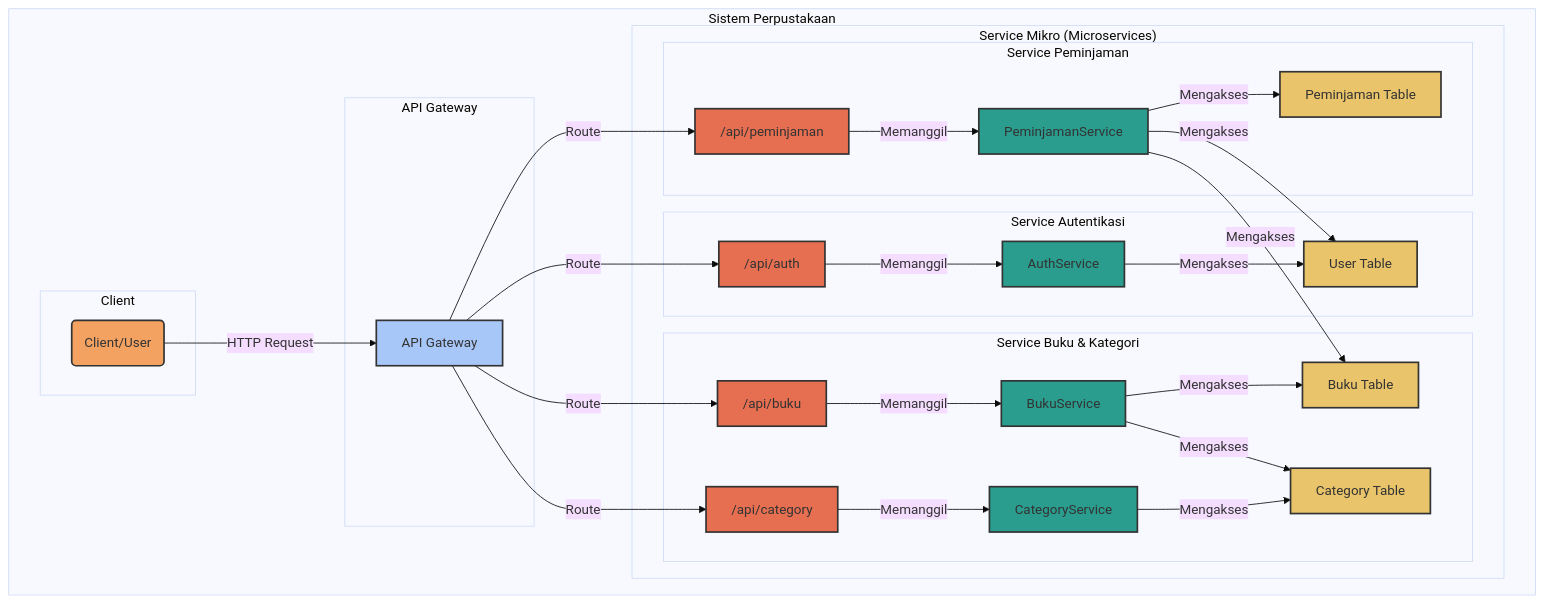
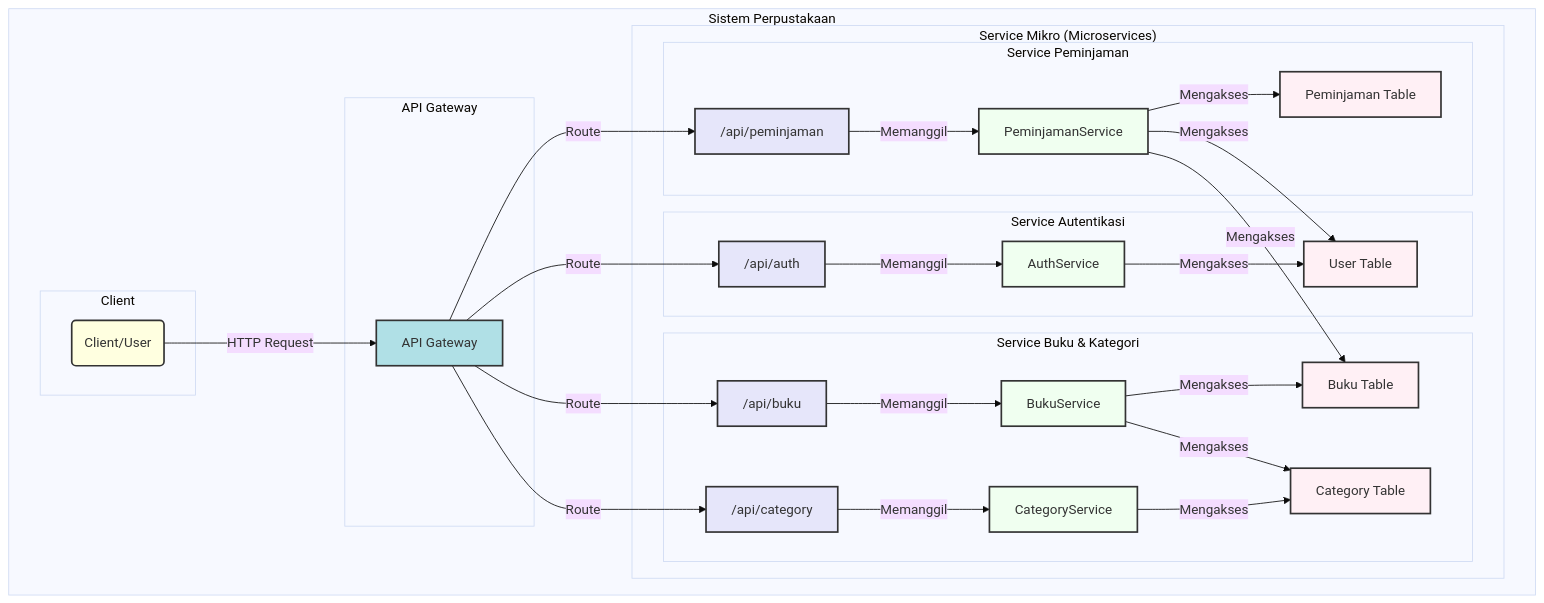
The second of 2 diagrams in README.md (Arss011/library-management-system), drawn with Mermaid (base theme) before and after one commit.

Commit message:
docs: menambahkan dokumentasi project library management system di README

````diff
--- a/README.md
+++ b/README.md
@@ -42,73 +42,73 @@
 ```mermaid
 graph TD
     subgraph "Sistem Perpustakaan"
         subgraph "Client"
             C(Client/User)
         end
 
         subgraph "API Gateway"
             API[API Gateway]
         end
 
         subgraph "Service Mikro (Microservices)"
             subgraph "Service Autentikasi"
                 AuthController["/api/auth"]
                 AuthService[AuthService]
                 UserDB[User Table]
             end
 
             subgraph "Service Buku & Kategori"
                 BukuController["/api/buku"]
                 CategoryController["/api/category"]
                 BukuService[BukuService]
                 CategoryService[CategoryService]
                 BukuDB[Buku Table]
                 CategoryDB[Category Table]
             end
 
             subgraph "Service Peminjaman"
                 PeminjamanController["/api/peminjaman"]
                 PeminjamanService[PeminjamanService]
                 PeminjamanDB[Peminjaman Table]
             end
         end
     end
 
     %% Hubungan
     C -- "HTTP Request" --> API
     API -- "Route" --> AuthController
     API -- "Route" --> BukuController
     API -- "Route" --> CategoryController
     API -- "Route" --> PeminjamanController
 
     AuthController -- "Memanggil" --> AuthService
     AuthService -- "Mengakses" --> UserDB
 
     BukuController -- "Memanggil" --> BukuService
     BukuService -- "Mengakses" --> BukuDB
     BukuService -- "Mengakses" --> CategoryDB
 
     CategoryController -- "Memanggil" --> CategoryService
     CategoryService -- "Mengakses" --> CategoryDB
 
     PeminjamanController -- "Memanggil" --> PeminjamanService
     PeminjamanService -- "Mengakses" --> PeminjamanDB
     PeminjamanService -- "Mengakses" --> BukuDB
     PeminjamanService -- "Mengakses" --> UserDB
 
     %% Styling untuk visual yang lebih jelas
-    style C fill:#f4a261,stroke:#333,stroke-width:2px
-    style API fill:#a8c7f9,stroke:#333,stroke-width:2px
-    style AuthController fill:#e76f51,stroke:#333,stroke-width:2px
-    style BukuController fill:#e76f51,stroke:#333,stroke-width:2px
-    style CategoryController fill:#e76f51,stroke:#333,stroke-width:2px
-    style PeminjamanController fill:#e76f51,stroke:#333,stroke-width:2px
-    style AuthService fill:#2a9d8f,stroke:#333,stroke-width:2px
-    style BukuService fill:#2a9d8f,stroke:#333,stroke-width:2px
-    style CategoryService fill:#2a9d8f,stroke:#333,stroke-width:2px
-    style PeminjamanService fill:#2a9d8f,stroke:#333,stroke-width:2px
-    style UserDB fill:#e9c46a,stroke:#333,stroke-width:2px
-    style BukuDB fill:#e9c46a,stroke:#333,stroke-width:2px
-    style CategoryDB fill:#e9c46a,stroke:#333,stroke-width:2px
-    style PeminjamanDB fill:#e9c46a,stroke:#333,stroke-width:2px
+    style C fill:#FFFFE0,stroke:#333,stroke-width:2px
+    style API fill:#B0E0E6,stroke:#333,stroke-width:2px
+    style AuthController fill:#E6E6FA,stroke:#333,stroke-width:2px
+    style BukuController fill:#E6E6FA,stroke:#333,stroke-width:2px
+    style CategoryController fill:#E6E6FA,stroke:#333,stroke-width:2px
+    style PeminjamanController fill:#E6E6FA,stroke:#333,stroke-width:2px
+    style AuthService fill:#F0FFF0,stroke:#333,stroke-width:2px
+    style BukuService fill:#F0FFF0,stroke:#333,stroke-width:2px
+    style CategoryService fill:#F0FFF0,stroke:#333,stroke-width:2px
+    style PeminjamanService fill:#F0FFF0,stroke:#333,stroke-width:2px
+    style UserDB fill:#FFF0F5,stroke:#333,stroke-width:2px
+    style BukuDB fill:#FFF0F5,stroke:#333,stroke-width:2px
+    style CategoryDB fill:#FFF0F5,stroke:#333,stroke-width:2px
+    style PeminjamanDB fill:#FFF0F5,stroke:#333,stroke-width:2px
 ```
````
